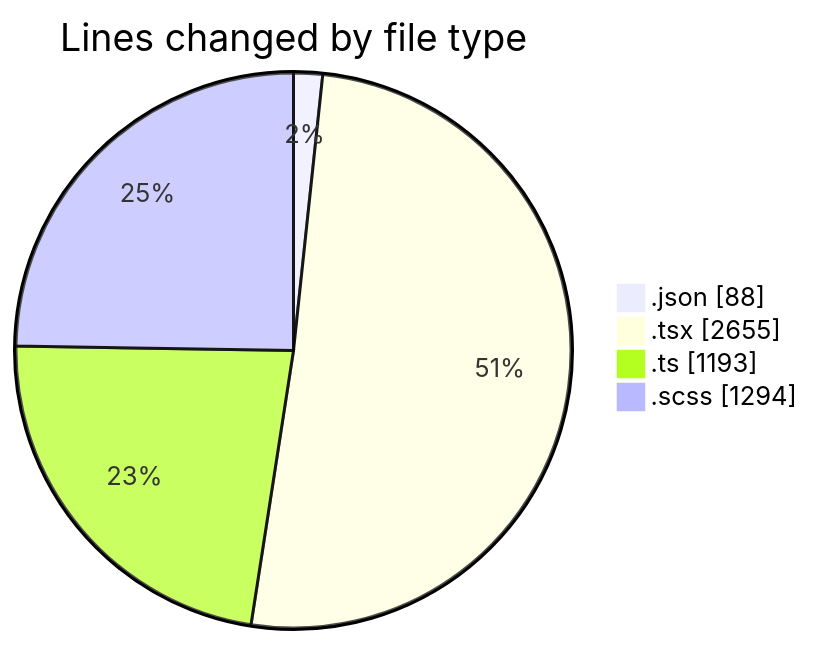
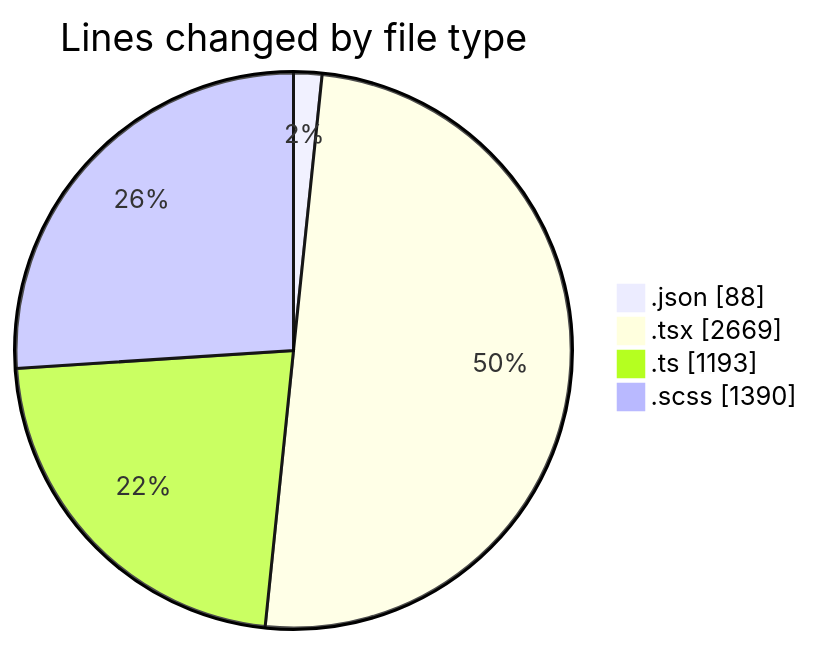
The first of 2 diagrams in 2026-10-22/cda/README.md (momahboobian/code-tracking), drawn with Mermaid before and after one commit. The commit also changed other lines of this file and 1 other file, not shown here.

````diff
--- a/2026-10-22/cda/README.md
+++ b/2026-10-22/cda/README.md
@@ -33,8 +33,8 @@
 ```mermaid
 pie showData
 title Lines changed by file type
 ".json" : 88
-".tsx" : 2655
+".tsx" : 2669
 ".ts" : 1193
-".scss" : 1294
+".scss" : 1390
 ```
````
